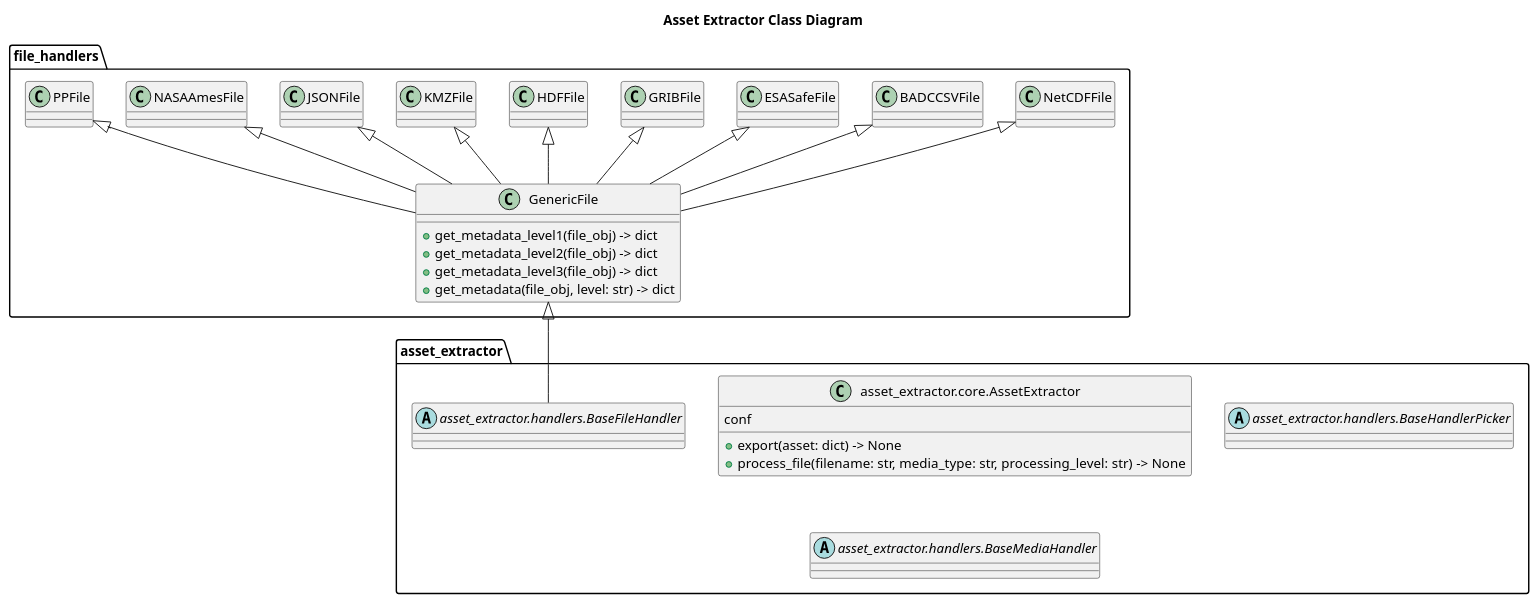
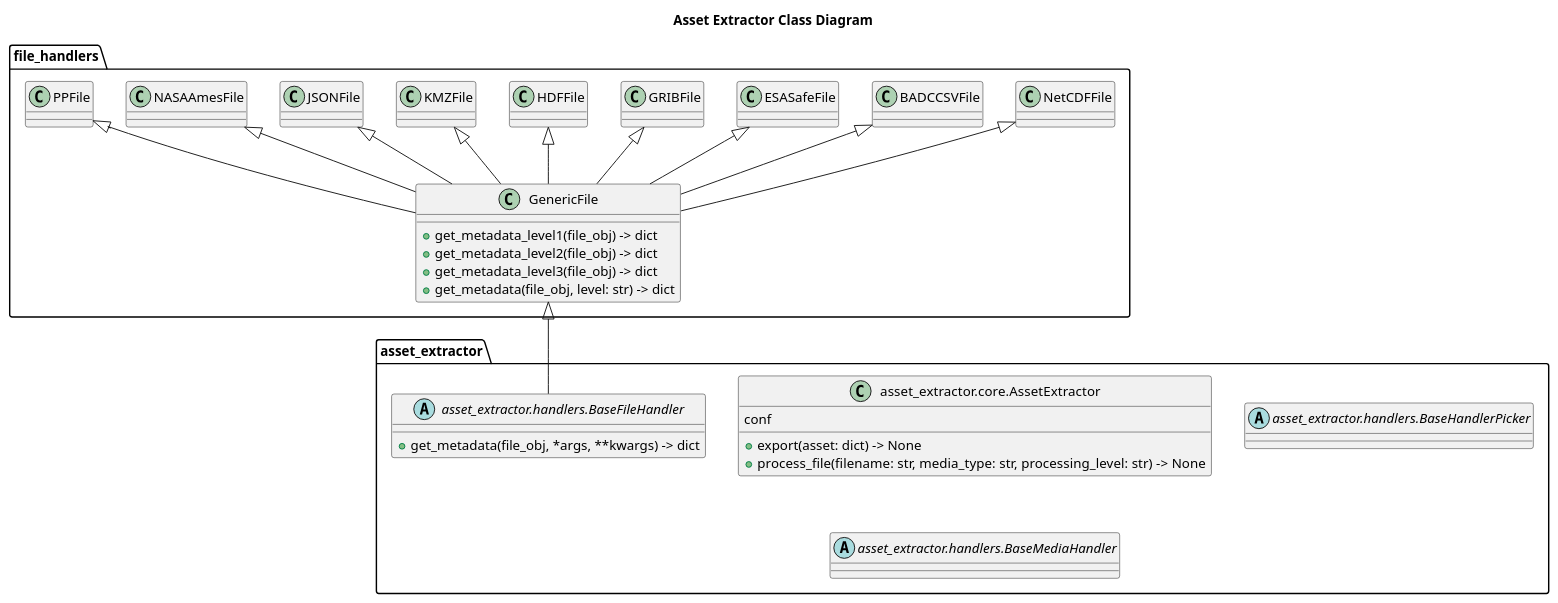
Before and after one commit to cedadev/search-futures: the diagram in uml/asset_extractor/asset_extractor_class_diagram.wsd, drawn with PlantUML. The commit also changed 3 other files, not shown here.

Commit message:
tweaked diagrams to reflect recent conversation

```diff
--- a/uml/asset_extractor/asset_extractor_class_diagram.wsd
+++ b/uml/asset_extractor/asset_extractor_class_diagram.wsd
@@ -1,56 +1,57 @@
 @startuml
 title Asset Extractor Class Diagram
 
 package "asset_extractor" as pAssetExtractor {
 
     class "asset_extractor.core.AssetExtractor" as cAssetExtractor {
         conf
         +export(asset: dict) -> None
         +process_file(filename: str, media_type: str, processing_level: str) -> None
     }
 
     abstract class "asset_extractor.handlers.BaseHandlerPicker" as cBaseHandlerPicker {
 
     }
 
     abstract class "asset_extractor.handlers.BaseFileHandler" as cBaseFileHandler {
+    +get_metadata(file_obj, *args, **kwargs) -> dict
     }
 
     abstract class "asset_extractor.handlers.BaseMediaHandler" as cBaseMediaHandler {
     }
 
 }
 
 package "file_handlers" as pFileHandlers {
     class GenericFile {
         +get_metadata_level1(file_obj) -> dict
         +get_metadata_level2(file_obj) -> dict
         +get_metadata_level3(file_obj) -> dict
         +get_metadata(file_obj, level: str) -> dict
     }
 
     class NetCDFFile
     class BADCCSVFile
     class ESASafeFile
     class GRIBFile
     class HDFFile
     class KMZFile
     class JSONFile
     class NASAAmesFile
     class PPFile
 
     GenericFile <|-- cBaseFileHandler
     NetCDFFile <|-- GenericFile
     BADCCSVFile <|-- GenericFile
     ESASafeFile <|-- GenericFile
     GRIBFile <|-- GenericFile
     HDFFile <|-- GenericFile
     KMZFile <|-- GenericFile
     JSONFile <|-- GenericFile
     NASAAmesFile <|-- GenericFile
     PPFile <|-- GenericFile
 }
 
 
 
 @enduml
```
